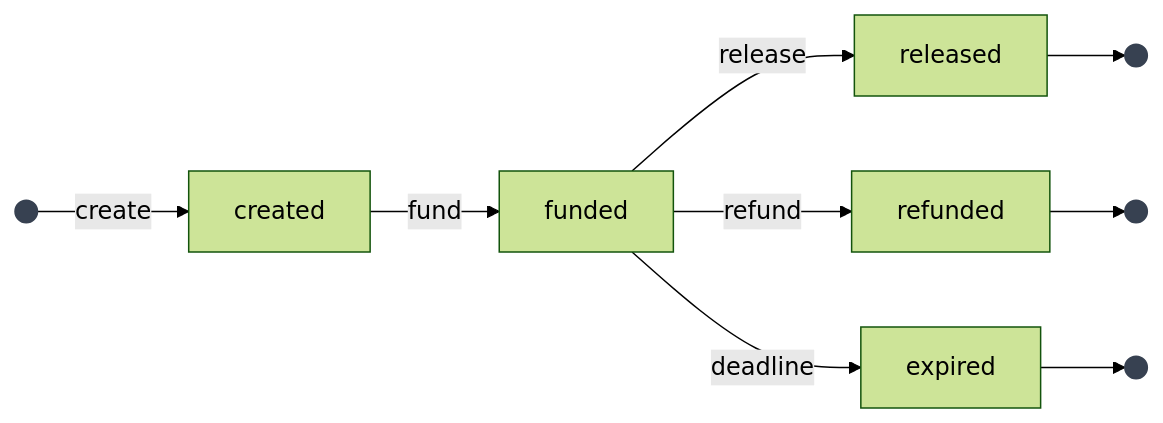
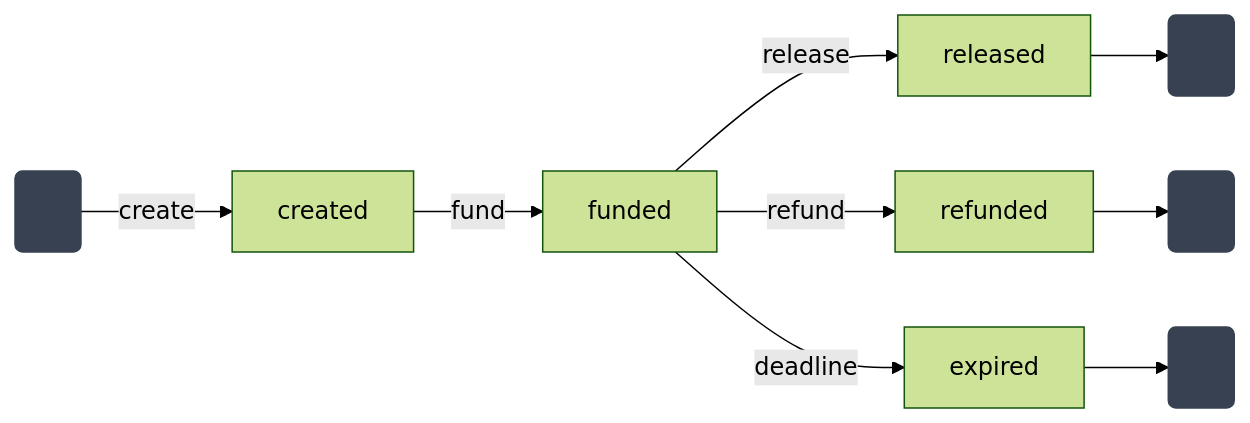
One commit to claw-network/clawnet changed the third of 3 diagrams in packages/docs/content/docs/getting-started/core-concepts/wallet.md. Above: the diagram before and after it, drawn with Mermaid (forest theme). The commit also changed 1 other file, not shown here.

Commit message:
fix(docs): replace unstable (( )) double-circle with stable rounded node

````diff
--- a/packages/docs/content/docs/getting-started/core-concepts/wallet.md
+++ b/packages/docs/content/docs/getting-started/core-concepts/wallet.md
@@ -102,15 +102,15 @@
 ```mermaid
 flowchart LR
-    S(( )) -->|create| created
+    S(●) -->|create| created
     created -->|fund| funded
     funded -->|release| released
     funded -->|refund| refunded
     funded -->|deadline| expired
-    released --> E1(( ))
-    refunded --> E2(( ))
-    expired --> E3(( ))
-    style S fill:#374151,stroke:#374151,color:#374151,font-size:0px
-    style E1 fill:#374151,stroke:#374151,color:#374151,font-size:0px
-    style E2 fill:#374151,stroke:#374151,color:#374151,font-size:0px
-    style E3 fill:#374151,stroke:#374151,color:#374151,font-size:0px
+    released --> E1(●)
+    refunded --> E2(●)
+    expired --> E3(●)
+    style S fill:#374151,stroke:#374151,color:#374151
+    style E1 fill:#374151,stroke:#374151,color:#374151
+    style E2 fill:#374151,stroke:#374151,color:#374151
+    style E3 fill:#374151,stroke:#374151,color:#374151
 ```
````
